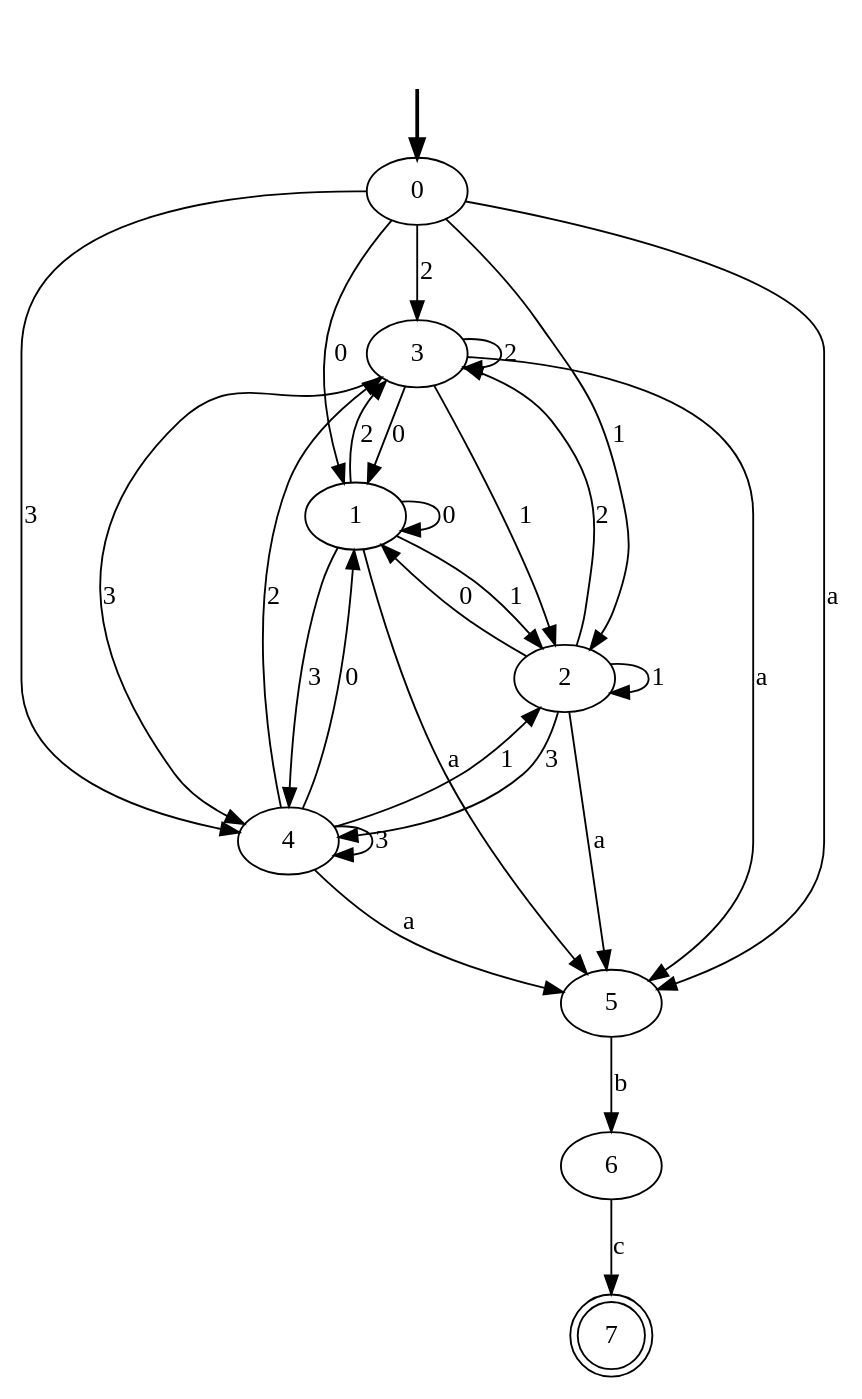
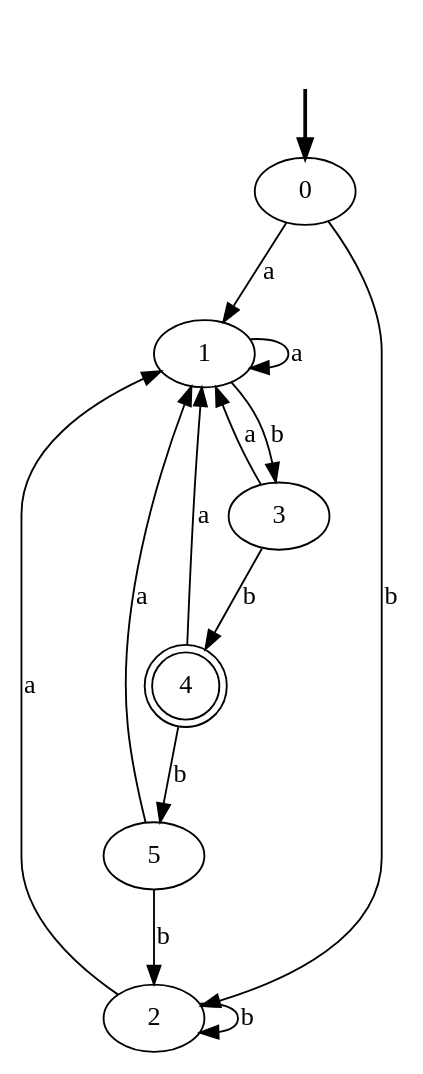
Before and after one commit to maupeon/Compiladores: the diagram in Tarea 1/output_DFA.dot, drawn with Graphviz. The commit also changed 8 other files, not shown here.

```diff
--- a/Tarea 1/output_DFA.dot
+++ b/Tarea 1/output_DFA.dot
@@ -1,39 +1,22 @@
 digraph {
 	fake [style=invisible]
+	1
+	5
+	0 [root=true]
 	3
-	1
-	6
-	4
-	5
 	2
-	0 [root=true]
-	7 [shape=doublecircle]
+	4 [shape=doublecircle]
 	fake -> 0 [style=bold]
-	0 -> 1 [label=0]
-	0 -> 2 [label=1]
-	0 -> 3 [label=2]
-	0 -> 4 [label=3]
-	0 -> 5 [label=a]
-	1 -> 1 [label=0]
-	1 -> 2 [label=1]
-	1 -> 3 [label=2]
-	1 -> 4 [label=3]
-	1 -> 5 [label=a]
-	2 -> 1 [label=0]
-	2 -> 2 [label=1]
-	2 -> 3 [label=2]
-	2 -> 4 [label=3]
-	2 -> 5 [label=a]
-	3 -> 1 [label=0]
-	3 -> 2 [label=1]
-	3 -> 3 [label=2]
-	3 -> 4 [label=3]
-	3 -> 5 [label=a]
-	4 -> 1 [label=0]
-	4 -> 2 [label=1]
-	4 -> 3 [label=2]
-	4 -> 4 [label=3]
-	4 -> 5 [label=a]
-	5 -> 6 [label=b]
-	6 -> 7 [label=c]
+	0 -> 1 [label=a]
+	0 -> 2 [label=b]
+	1 -> 1 [label=a]
+	1 -> 3 [label=b]
+	2 -> 1 [label=a]
+	2 -> 2 [label=b]
+	3 -> 1 [label=a]
+	3 -> 4 [label=b]
+	4 -> 1 [label=a]
+	4 -> 5 [label=b]
+	5 -> 1 [label=a]
+	5 -> 2 [label=b]
 }
```
